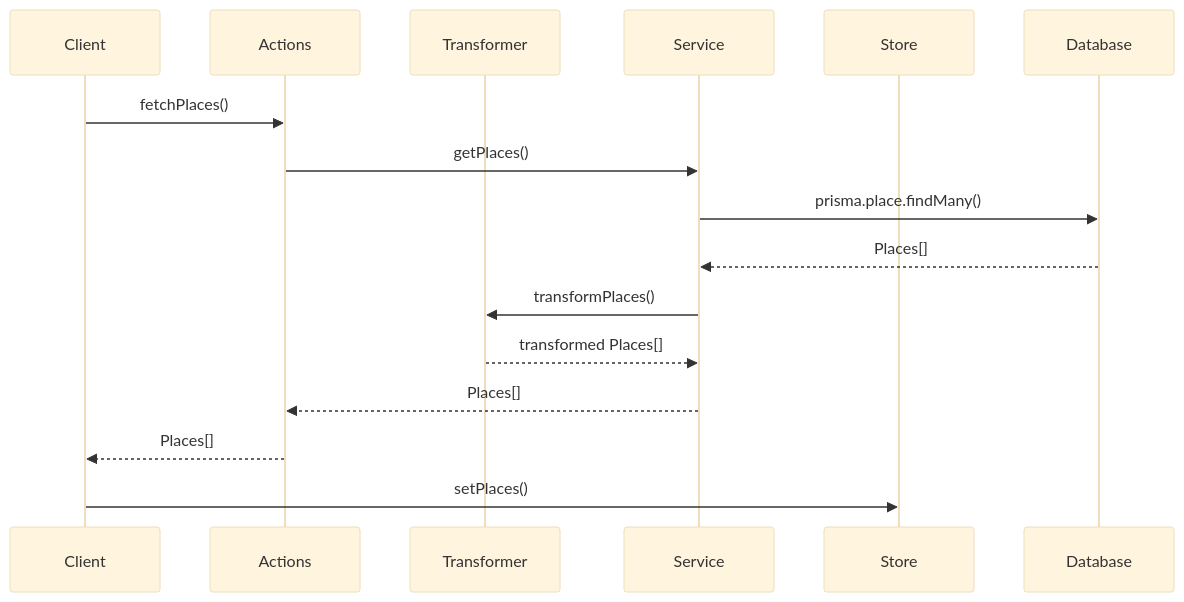
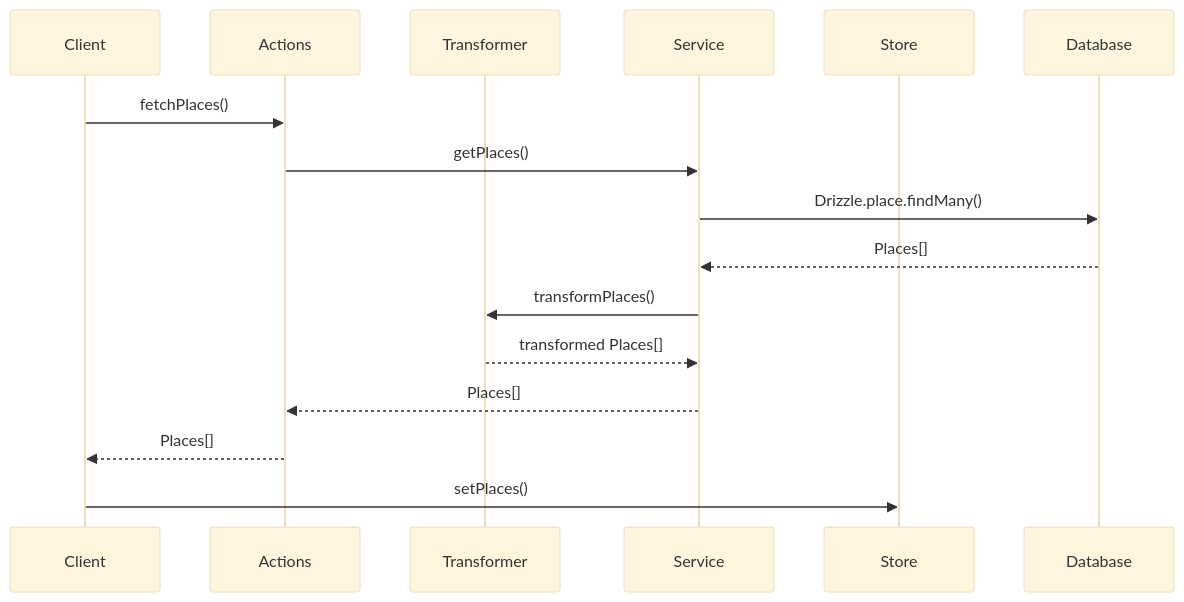
The second of 2 diagrams in src/transformers/place/documentation.md (gvastethecreator/media-manager), drawn with Mermaid (base theme) before and after one commit. The commit also changed other lines of this file and 126 other files, not shown here.

````diff
--- a/src/transformers/place/documentation.md
+++ b/src/transformers/place/documentation.md
@@ -35,19 +35,19 @@
 ```mermaid
 sequenceDiagram
     participant Client
     participant Actions
     participant Transformer
     participant Service
     participant Store
     participant Database
 
     Client->>Actions: fetchPlaces()
     Actions->>Service: getPlaces()
-    Service->>Database: prisma.place.findMany()
+    Service->>Database: Drizzle.place.findMany()
     Database-->>Service: Places[]
     Service->>Transformer: transformPlaces()
     Transformer-->>Service: transformed Places[]
     Service-->>Actions: Places[]
     Actions-->>Client: Places[]
     Client->>Store: setPlaces()
 ```
````
